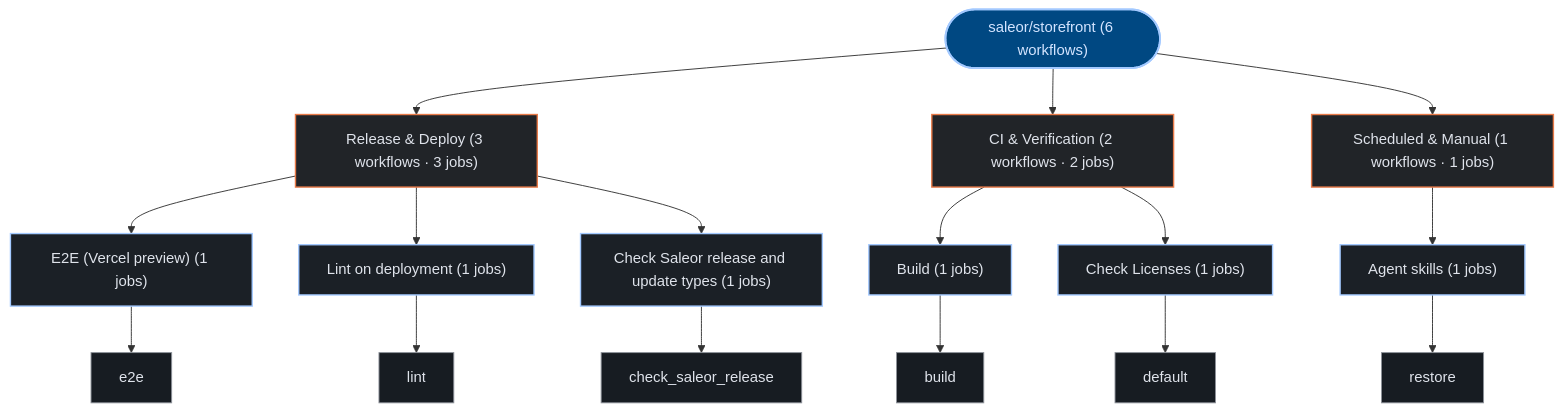
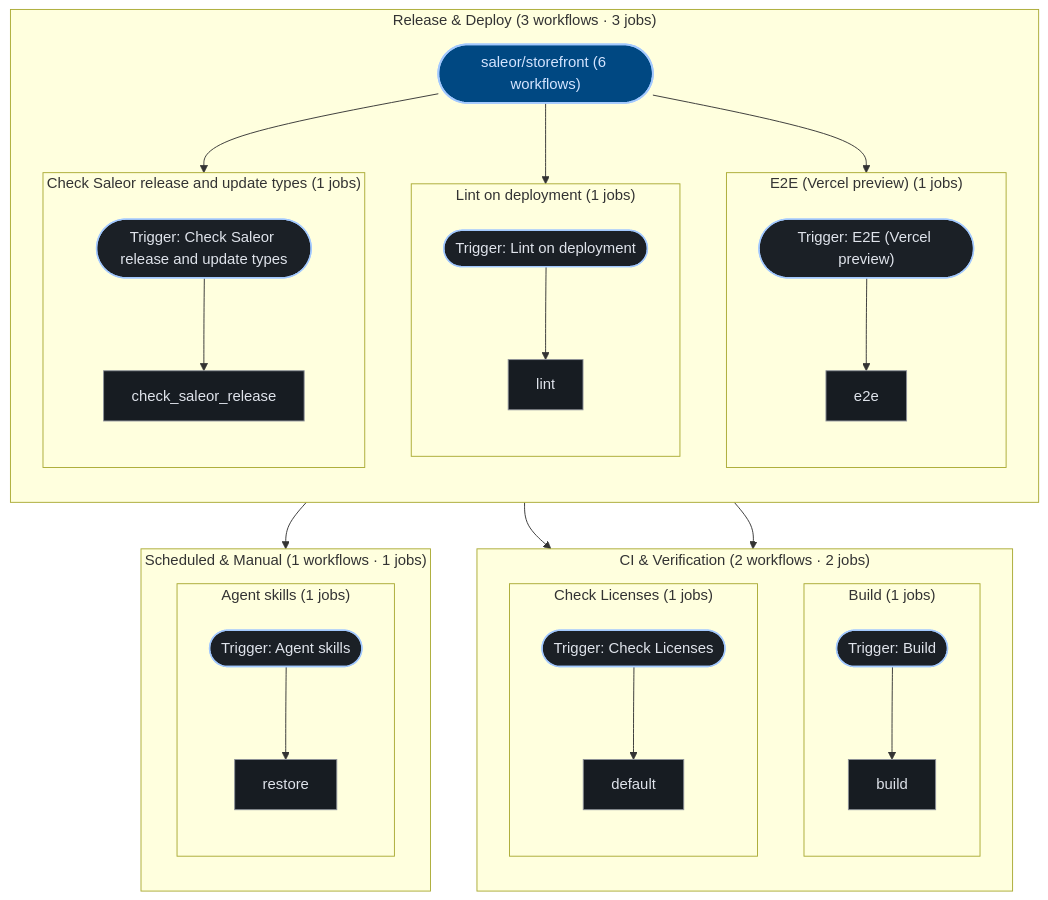
One commit to kumarshaz/atruss-code-atlas changed the third of 3 diagrams in exports/latest/reports/saleor-storefront-report.md. Above: the diagram before and after it, drawn with Mermaid. The commit also changed 181 other files, not shown here.

````diff
--- a/exports/latest/reports/saleor-storefront-report.md
+++ b/exports/latest/reports/saleor-storefront-report.md
@@ -247,41 +247,62 @@
 ```mermaid
 graph TD;
   classDef atlasRoot fill:#004882,stroke:#a3c9ff,stroke-width:2px,color:#d3e4ff
   classDef atlasCategory fill:#212428,stroke:#E87A48,stroke-width:1.5px,color:#dfe3eb
   classDef atlasWorkflow fill:#1b2026,stroke:#a3c9ff,stroke-width:1.5px,color:#dfe3eb
   classDef atlasJob fill:#171c22,stroke:#8d9199,stroke-width:1px,color:#dfe3eb
   classDef atlasTarget fill:#005227,stroke:#8bd99b,stroke-width:1.5px,color:#a7f6b6
   classDef atlasAlert fill:#93000a,stroke:#ffb4ab,stroke-width:1.5px,color:#ffdad6
   classDef atlasMore fill:#252a31,stroke:#8d9199,stroke-dasharray:4 4,color:#c3c6cf
   pipeline_root(["saleor/storefront (6 workflows)"]):::atlasRoot
-  grp_0_Release___Deploy["Release & Deploy (3 workflows · 3 jobs)"]:::atlasCategory
-  pipeline_root --> grp_0_Release___Deploy
-  wf_3_E2E__Vercel_preview_["E2E (Vercel preview) (1 jobs)"]:::atlasWorkflow
-  grp_0_Release___Deploy --> wf_3_E2E__Vercel_preview_
-  job_3_e2e["e2e"]:::atlasJob
-  wf_3_E2E__Vercel_preview_ --> job_3_e2e
-  wf_4_Lint_on_deployment["Lint on deployment (1 jobs)"]:::atlasWorkflow
-  grp_0_Release___Deploy --> wf_4_Lint_on_deployment
-  job_4_lint["lint"]:::atlasJob
-  wf_4_Lint_on_deployment --> job_4_lint
-  wf_5_Check_Saleor_release_and_update_types["Check Saleor release and update types (1 jobs)"]:::atlasWorkflow
-  grp_0_Release___Deploy --> wf_5_Check_Saleor_release_and_update_types
-  job_5_check_saleor_release["check_saleor_release"]:::atlasJob
-  wf_5_Check_Saleor_release_and_update_types --> job_5_check_saleor_release
-  grp_1_CI___Verification["CI & Verification (2 workflows · 2 jobs)"]:::atlasCategory
-  pipeline_root --> grp_1_CI___Verification
-  wf_1_Build["Build (1 jobs)"]:::atlasWorkflow
-  grp_1_CI___Verification --> wf_1_Build
-  job_1_build["build"]:::atlasJob
-  wf_1_Build --> job_1_build
-  wf_2_Check_Licenses["Check Licenses (1 jobs)"]:::atlasWorkflow
-  grp_1_CI___Verification --> wf_2_Check_Licenses
-  job_2_default["default"]:::atlasJob
-  wf_2_Check_Licenses --> job_2_default
-  grp_2_Scheduled___Manual["Scheduled & Manual (1 workflows · 1 jobs)"]:::atlasCategory
-  pipeline_root --> grp_2_Scheduled___Manual
-  wf_0_Agent_skills["Agent skills (1 jobs)"]:::atlasWorkflow
-  grp_2_Scheduled___Manual --> wf_0_Agent_skills
-  job_0_restore["restore"]:::atlasJob
-  wf_0_Agent_skills --> job_0_restore
+  subgraph sg_grp_0_Release___Deploy["Release & Deploy (3 workflows · 3 jobs)"]
+    direction TB
+    subgraph sg_wf_3_E2E__Vercel_preview_["E2E (Vercel preview) (1 jobs)"]
+      direction TB
+      wf_3_E2E__Vercel_preview_(["Trigger: E2E (Vercel preview)"]):::atlasWorkflow
+      job_3_e2e["e2e"]:::atlasJob
+      wf_3_E2E__Vercel_preview_ --> job_3_e2e
+    end
+    pipeline_root --> wf_3_E2E__Vercel_preview_
+    subgraph sg_wf_4_Lint_on_deployment["Lint on deployment (1 jobs)"]
+      direction TB
+      wf_4_Lint_on_deployment(["Trigger: Lint on deployment"]):::atlasWorkflow
+      job_4_lint["lint"]:::atlasJob
+      wf_4_Lint_on_deployment --> job_4_lint
+    end
+    pipeline_root --> wf_4_Lint_on_deployment
+    subgraph sg_wf_5_Check_Saleor_release_and_update_types["Check Saleor release and update types (1 jobs)"]
+      direction TB
+      wf_5_Check_Saleor_release_and_update_types(["Trigger: Check Saleor release and update types"]):::atlasWorkflow
+      job_5_check_saleor_release["check_saleor_release"]:::atlasJob
+      wf_5_Check_Saleor_release_and_update_types --> job_5_check_saleor_release
+    end
+    pipeline_root --> wf_5_Check_Saleor_release_and_update_types
+  end
+  subgraph sg_grp_1_CI___Verification["CI & Verification (2 workflows · 2 jobs)"]
+    direction TB
+    subgraph sg_wf_1_Build["Build (1 jobs)"]
+      direction TB
+      wf_1_Build(["Trigger: Build"]):::atlasWorkflow
+      job_1_build["build"]:::atlasJob
+      wf_1_Build --> job_1_build
+    end
+    pipeline_root --> wf_1_Build
+    subgraph sg_wf_2_Check_Licenses["Check Licenses (1 jobs)"]
+      direction TB
+      wf_2_Check_Licenses(["Trigger: Check Licenses"]):::atlasWorkflow
+      job_2_default["default"]:::atlasJob
+      wf_2_Check_Licenses --> job_2_default
+    end
+    pipeline_root --> wf_2_Check_Licenses
+  end
+  subgraph sg_grp_2_Scheduled___Manual["Scheduled & Manual (1 workflows · 1 jobs)"]
+    direction TB
+    subgraph sg_wf_0_Agent_skills["Agent skills (1 jobs)"]
+      direction TB
+      wf_0_Agent_skills(["Trigger: Agent skills"]):::atlasWorkflow
+      job_0_restore["restore"]:::atlasJob
+      wf_0_Agent_skills --> job_0_restore
+    end
+    pipeline_root --> wf_0_Agent_skills
+  end
 ```
````
